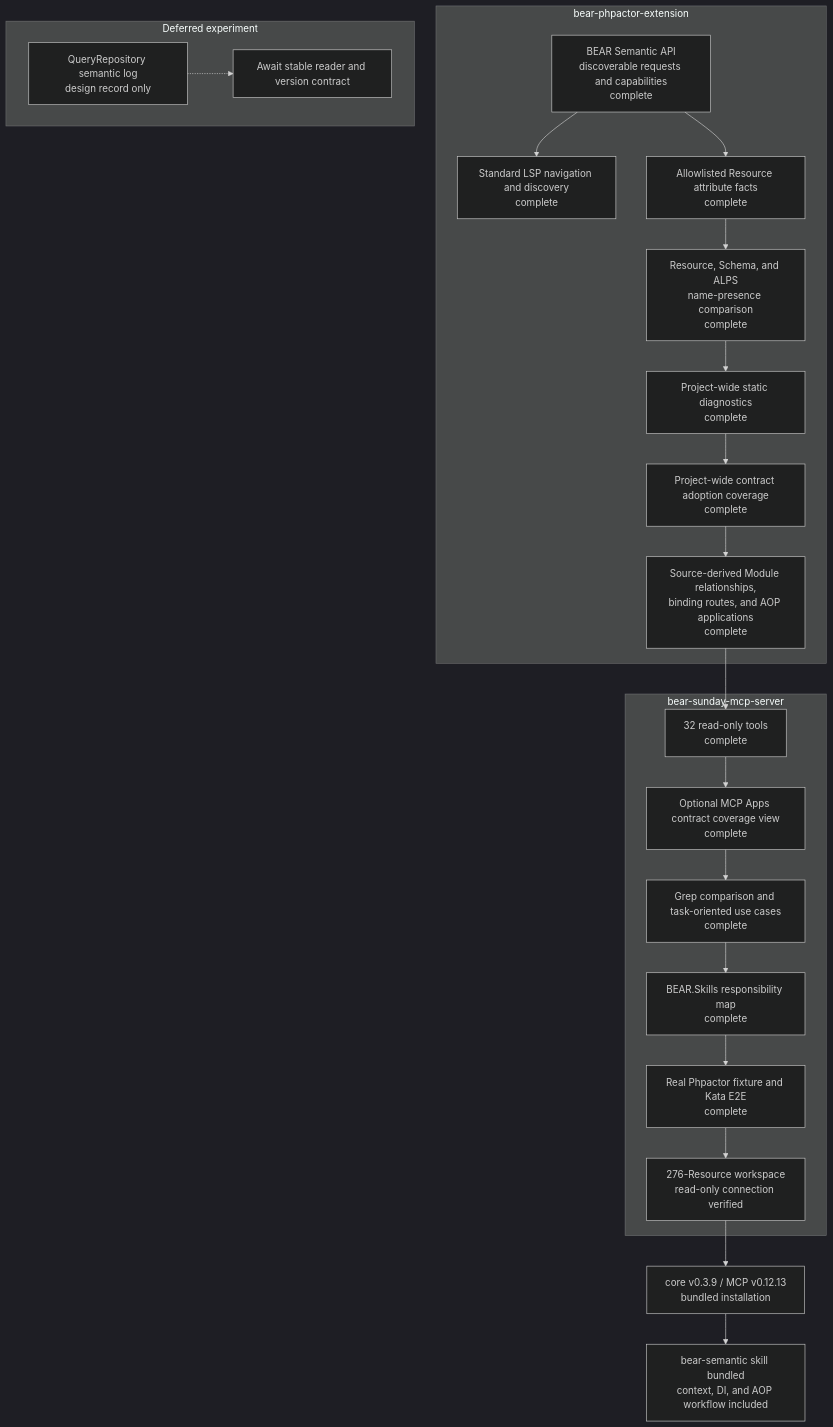
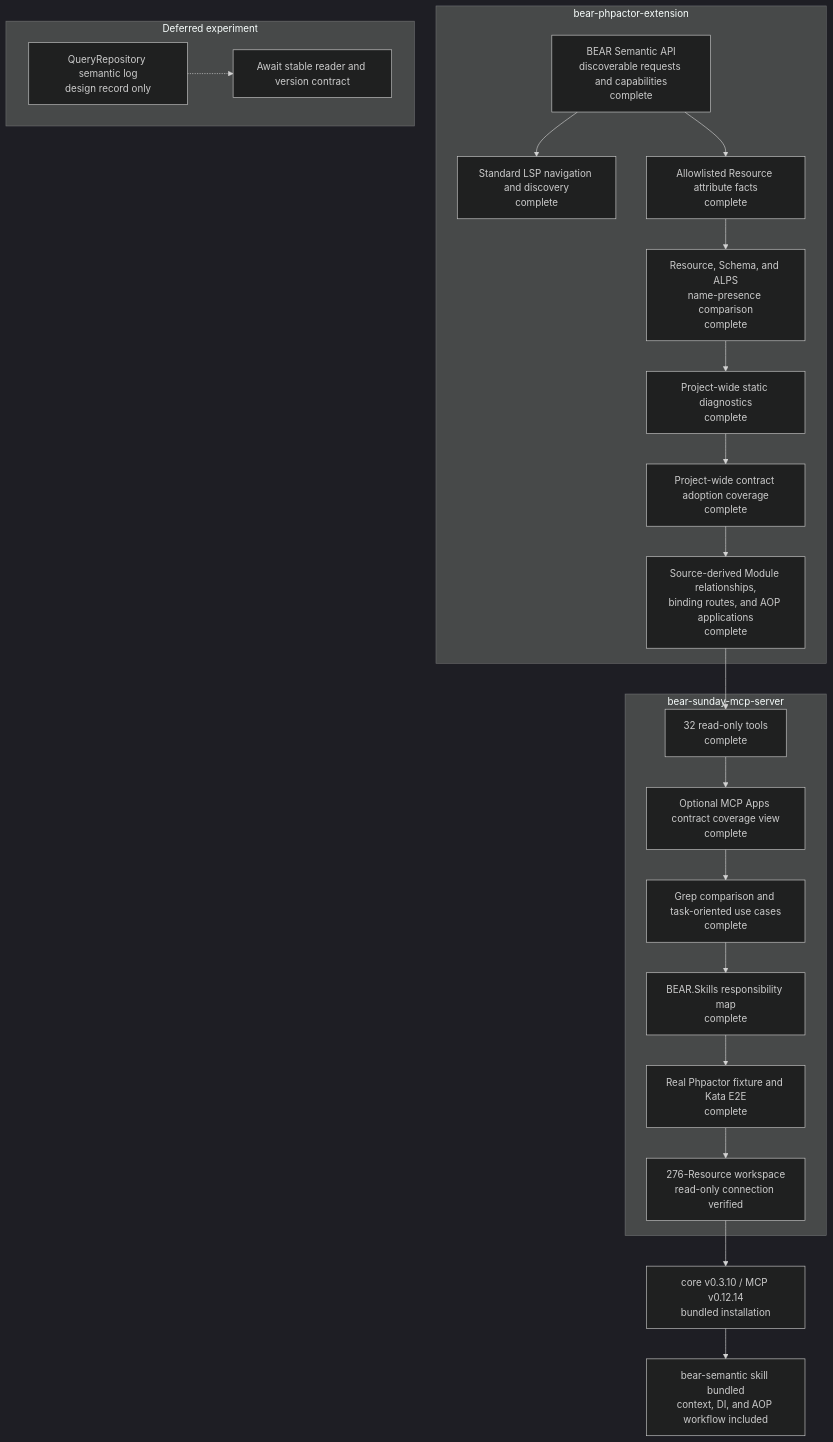
Before and after one commit to suzumaze/bear-sunday-mcp-server: the diagram in docs/project-status.md, drawn with Mermaid (dark theme). The commit also changed other lines of this file and 7 other files, not shown here.

````diff
--- a/docs/project-status.md
+++ b/docs/project-status.md
@@ -9,35 +9,35 @@
 ```mermaid
 flowchart TB
     subgraph Core["bear-phpactor-extension"]
         C1["BEAR Semantic API<br/>discoverable requests and capabilities<br/>complete"]
         C2["Standard LSP navigation and discovery<br/>complete"]
         C3["Allowlisted Resource attribute facts<br/>complete"]
         C4["Resource, Schema, and ALPS<br/>name-presence comparison<br/>complete"]
         C5["Project-wide static diagnostics<br/>complete"]
         C6["Project-wide contract adoption coverage<br/>complete"]
         C7["Source-derived Module relationships,<br/>binding routes, and AOP applications<br/>complete"]
         C1 --> C2
         C1 --> C3 --> C4 --> C5 --> C6 --> C7
     end
 
     subgraph MCP["bear-sunday-mcp-server"]
         M1["32 read-only tools<br/>complete"]
         M0["Optional MCP Apps contract coverage view<br/>complete"]
         M2["Grep comparison and task-oriented use cases<br/>complete"]
         M3["BEAR.Skills responsibility map<br/>complete"]
         M4["Real Phpactor fixture and Kata E2E<br/>complete"]
         M5["276-Resource workspace<br/>read-only connection verified"]
         M1 --> M0 --> M2 --> M3 --> M4 --> M5
     end
 
     C7 --> M1
 
     subgraph Deferred["Deferred experiment"]
         D1["QueryRepository semantic log<br/>design record only"]
         D2["Await stable reader and version contract"]
         D1 -.-> D2
     end
 
-    M5 --> R1["core v0.3.9 / MCP v0.12.13<br/>bundled installation"]
+    M5 --> R1["core v0.3.10 / MCP v0.12.14<br/>bundled installation"]
     R1 --> S1["bear-semantic skill bundled<br/>context, DI, and AOP workflow included"]
 ```
````
